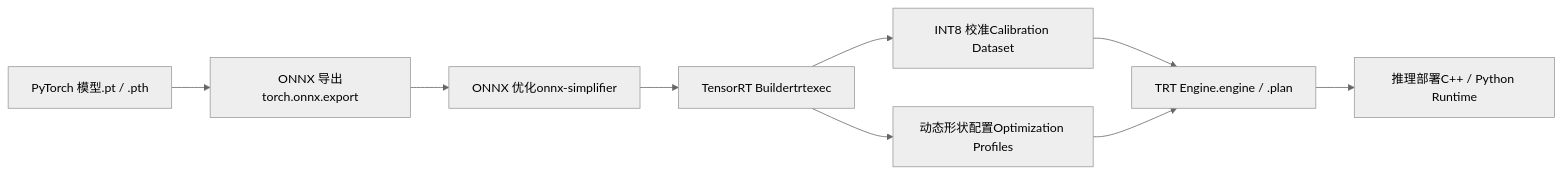
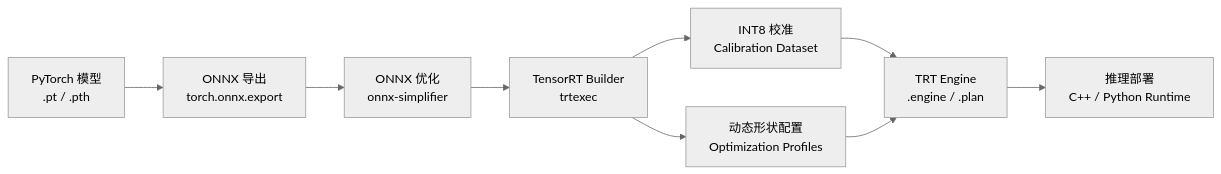
Before and after one commit to ranpin/edge-ai-docs: the first of 6 diagrams in robot/general/deployment.md, drawn with Mermaid (neutral theme). The commit also changed other lines of this file and 4 other files, not shown here.

````diff
--- a/robot/general/deployment.md
+++ b/robot/general/deployment.md
@@ -27,11 +27,11 @@
 ```mermaid
 graph LR
-    A["PyTorch 模型.pt / .pth"] --> B["ONNX 导出torch.onnx.export"]
-    B --> C["ONNX 优化onnx-simplifier"]
-    C --> D["TensorRT Buildertrtexec"]
-    D --> E["INT8 校准Calibration Dataset"]
-    E --> F["TRT Engine.engine / .plan"]
-    F --> G["推理部署C++ / Python Runtime"]
-    D --> H["动态形状配置Optimization Profiles"]
+    A["PyTorch 模型<br/>.pt / .pth"] --> B["ONNX 导出<br/>torch.onnx.export"]
+    B --> C["ONNX 优化<br/>onnx-simplifier"]
+    C --> D["TensorRT Builder<br/>trtexec"]
+    D --> E["INT8 校准<br/>Calibration Dataset"]
+    E --> F["TRT Engine<br/>.engine / .plan"]
+    F --> G["推理部署<br/>C++ / Python Runtime"]
+    D --> H["动态形状配置<br/>Optimization Profiles"]
     H --> F
 ```
````
